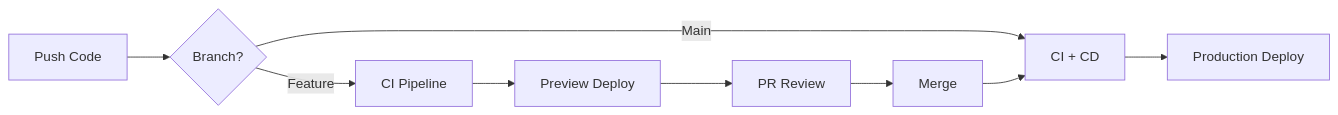
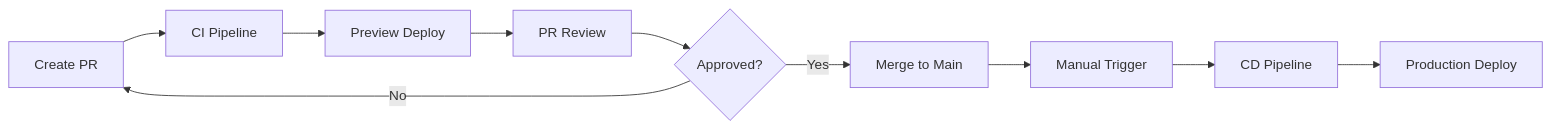
The diagram in README.md (Abhay-0103/Dev-Events), drawn with Mermaid before and after one commit. The commit also changed other lines of this file, not shown here.

````diff
--- a/README.md
+++ b/README.md
@@ -454,11 +453,12 @@
 ```mermaid
 graph LR
-    A[Push Code] --> B{Branch?}
-    B -->|Feature| C[CI Pipeline]
-    B -->|Main| D[CI + CD]
-    C --> E[Preview Deploy]
-    D --> F[Production Deploy]
-    E --> G[PR Review]
-    G --> H[Merge]
-    H --> D
+    A[Create PR] --> B[CI Pipeline]
+    B --> C[Preview Deploy]
+    C --> D[PR Review]
+    D --> E{Approved?}
+    E -->|Yes| F[Merge to Main]
+    E -->|No| A
+    F --> G[Manual Trigger]
+    G --> H[CD Pipeline]
+    H --> I[Production Deploy]
 ```
````
